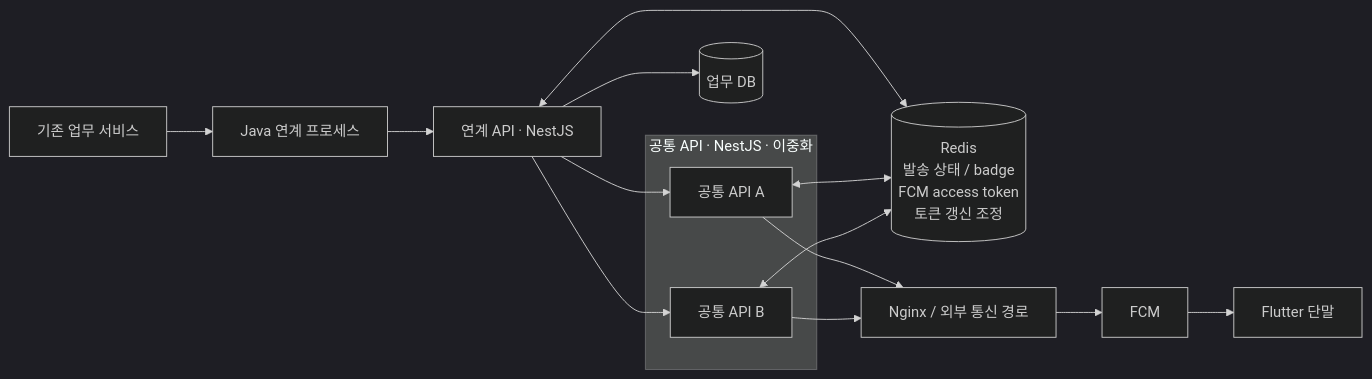
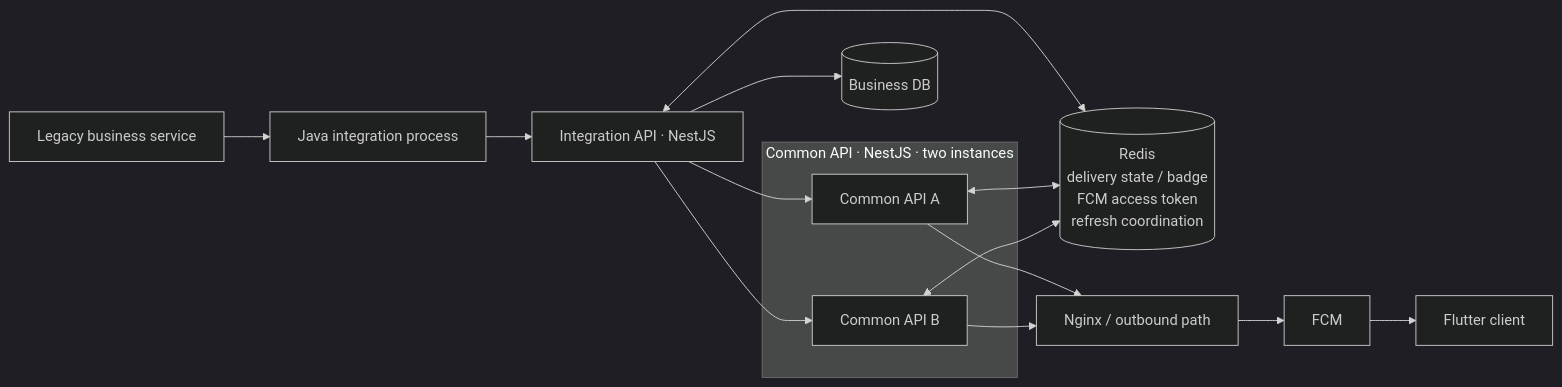
The diagram in docs/ko/02-experience-architecture.md (clsung7911/reliable-messaging-platform), drawn with Mermaid (dark theme) before and after one commit. The commit also changed other lines of this file and 1 other file, not shown here.

````diff
--- a/docs/ko/02-experience-architecture.md
+++ b/docs/ko/02-experience-architecture.md
@@ -5,30 +5,30 @@
 ```mermaid
 flowchart LR
-    L[기존 업무 서비스]
-    J[Java 연계 프로세스]
-    M[연계 API · NestJS]
-    DB[(업무 DB)]
-    R[(Redis<br/>발송 상태 / badge<br/>FCM access token<br/>토큰 갱신 조정)]
+    L[Legacy business service]
+    J[Java integration process]
+    M[Integration API · NestJS]
+    DB[(Business DB)]
+    R[(Redis<br/>delivery state / badge<br/>FCM access token<br/>refresh coordination)]
 
-    subgraph COMMON[공통 API · NestJS · 이중화]
-        C1[공통 API A]
-        C2[공통 API B]
+    subgraph COMMON[Common API · NestJS · two instances]
+        C1[Common API A]
+        C2[Common API B]
     end
 
-    N[Nginx / 외부 통신 경로]
+    N[Nginx / outbound path]
     F[FCM]
-    D[Flutter 단말]
+    D[Flutter client]
 
     L --> J
     J --> M
     M --> DB
     M <--> R
     M --> C1
     M --> C2
     C1 <--> R
     C2 <--> R
     C1 --> N
     C2 --> N
     N --> F
     F --> D
 ```
````
